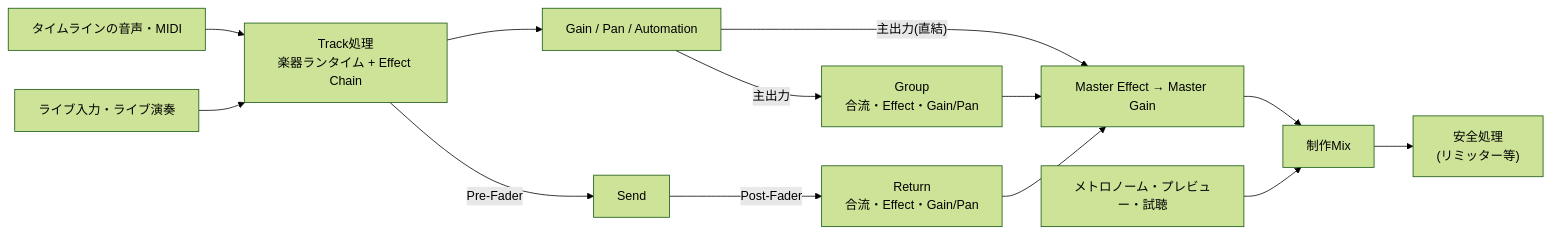
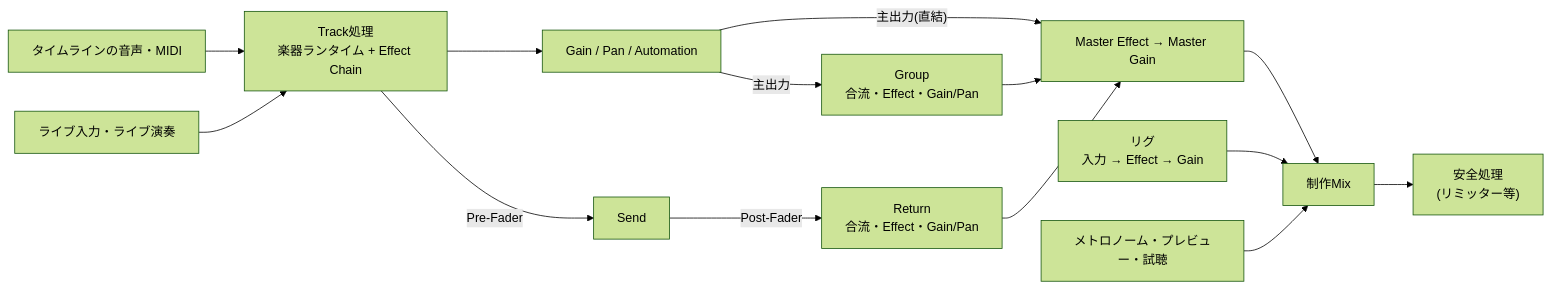
One commit to endo-ly/riffra changed the second of 4 diagrams in docs/audio-engine.md. Above: the diagram before and after it, drawn with Mermaid (forest theme). The commit also changed other lines of this file and 4 other files, not shown here.

````diff
--- a/docs/audio-engine.md
+++ b/docs/audio-engine.md
@@ -79,15 +79,16 @@
 ```mermaid
 flowchart LR
     TL["タイムラインの音声・MIDI"] --> CH
     LIVE["ライブ入力・ライブ演奏"] --> CH["Track処理<br/>楽器ランタイム + Effect Chain"]
     CH -->|"Pre-Fader"| SEND["Send"]
     CH --> GAIN["Gain / Pan / Automation"]
     GAIN -->|"主出力"| BUS["Group<br/>合流・Effect・Gain/Pan"]
     GAIN -->|"主出力(直結)"| MASTER["Master Effect → Master Gain"]
     SEND -->|"Post-Fader"| RETURN["Return<br/>合流・Effect・Gain/Pan"]
     BUS --> MASTER
     RETURN --> MASTER
     MASTER --> MIX["制作Mix"]
+    RIG["リグ<br/>入力 → Effect → Gain"] --> MIX
     AUX["メトロノーム・プレビュー・試聴"] --> MIX
     MIX --> SAFETY["安全処理<br/>(リミッター等)"]
 ```
````
